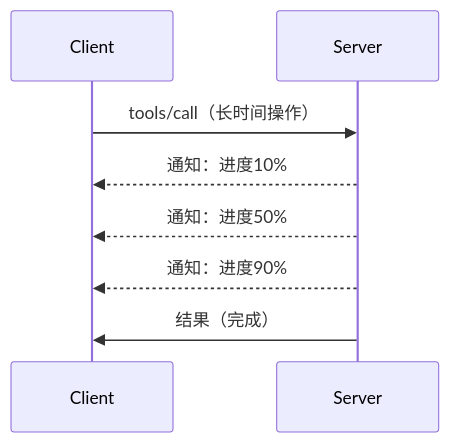
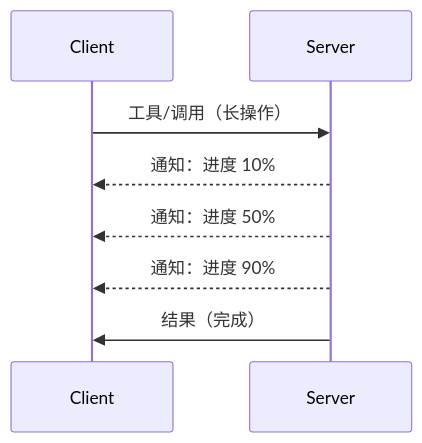
Before and after one commit to HIDORAKAI002/ai-workspace-archive: the diagram in mcp_ecosystem__model_context_protocol/mcp_learning_resources/mcp-for-beginners/translations/zh-CN/05-AdvancedTopics/mcp-protocol-features/README.md, drawn with Mermaid. The commit also changed other lines of this file and 1046 other files, not shown here.

````diff
--- a/mcp_ecosystem__model_context_protocol/mcp_learning_resources/mcp-for-beginners/translations/zh-CN/05-AdvancedTopics/mcp-protocol-features/README.md
+++ b/mcp_ecosystem__model_context_protocol/mcp_learning_resources/mcp-for-beginners/translations/zh-CN/05-AdvancedTopics/mcp-protocol-features/README.md
@@ -22,11 +24,11 @@
 ```mermaid
 sequenceDiagram
     participant Client
     participant Server
     
-    Client->>Server: tools/call（长时间操作）
-    Server-->>Client: 通知：进度10%
-    Server-->>Client: 通知：进度50%
-    Server-->>Client: 通知：进度90%
+    Client->>Server: 工具/调用（长操作）
+    Server-->>Client: 通知：进度 10%
+    Server-->>Client: 通知：进度 50%
+    Server-->>Client: 通知：进度 90%
     Server->>Client: 结果（完成）
 ```
````
